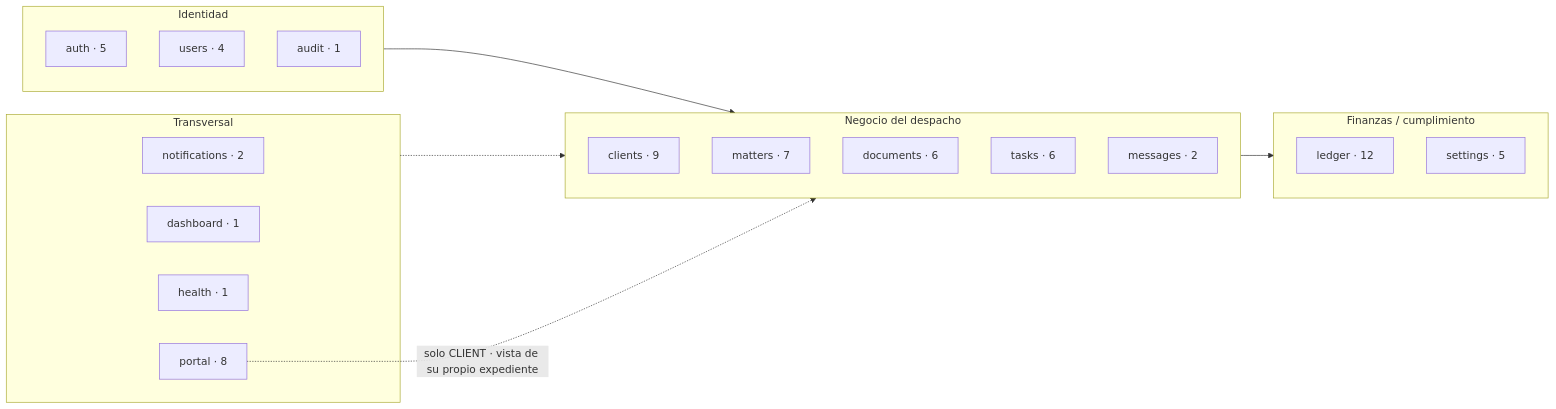
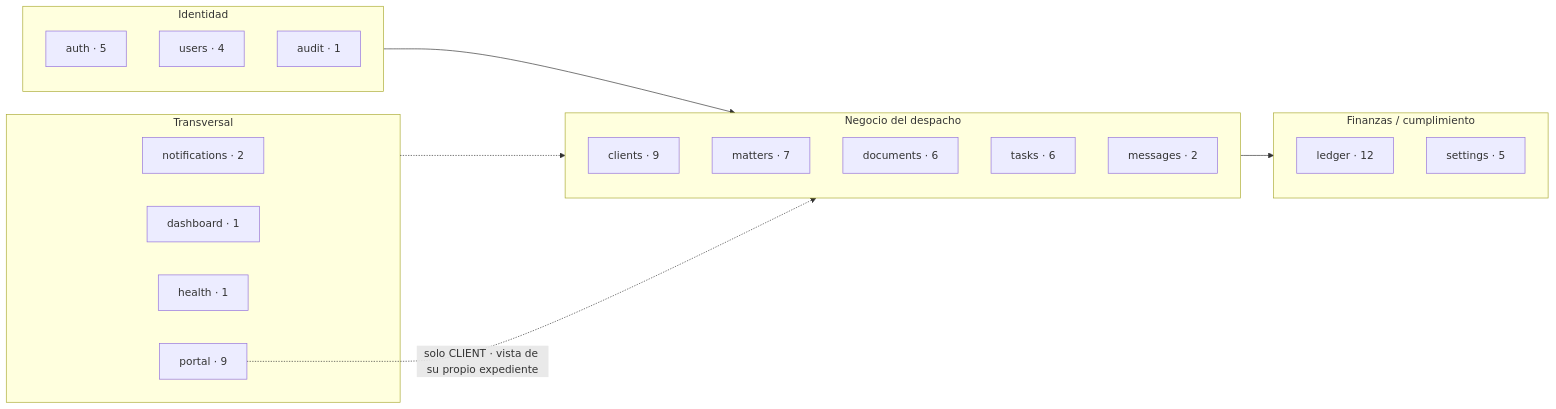
One commit to OswaldoVargas11/Prood007 changed the diagram in docs/architecture/07-api-reference.md. Above: the diagram before and after it, drawn with Mermaid. The commit also changed other lines of this file and 8 other files, not shown here.

````diff
--- a/docs/architecture/07-api-reference.md
+++ b/docs/architecture/07-api-reference.md
@@ -10,28 +10,28 @@
 ```mermaid
 flowchart LR
     subgraph auth_d["Identidad"]
         a1["auth · 5"]
         u1["users · 4"]
         au1["audit · 1"]
     end
     subgraph core_d["Negocio del despacho"]
         c1["clients · 9"]
         m1["matters · 7"]
         d1["documents · 6"]
         t1["tasks · 6"]
         ms1["messages · 2"]
     end
     subgraph fin_d["Finanzas / cumplimiento"]
         l1["ledger · 12"]
         s1["settings · 5"]
     end
     subgraph cross_d["Transversal"]
         n1["notifications · 2"]
         da1["dashboard · 1"]
         h1["health · 1"]
-        p1["portal · 8"]
+        p1["portal · 9"]
     end
     auth_d --> core_d --> fin_d
     cross_d -.-> core_d
     p1 -. "solo CLIENT · vista de su propio expediente" .-> core_d
 ```
````
